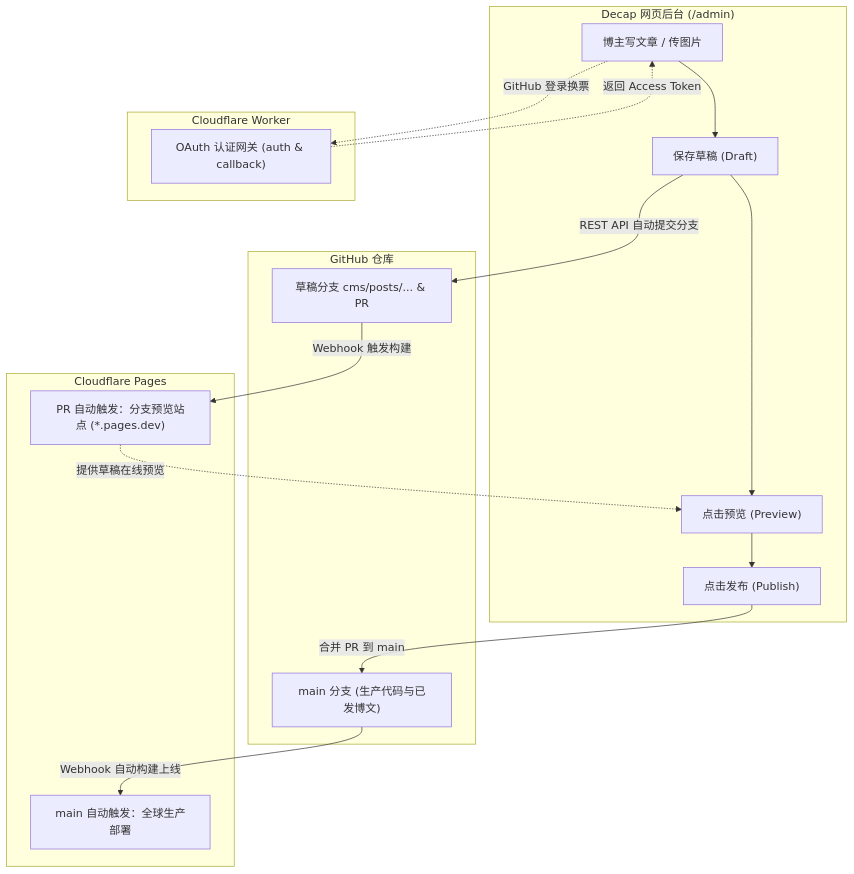
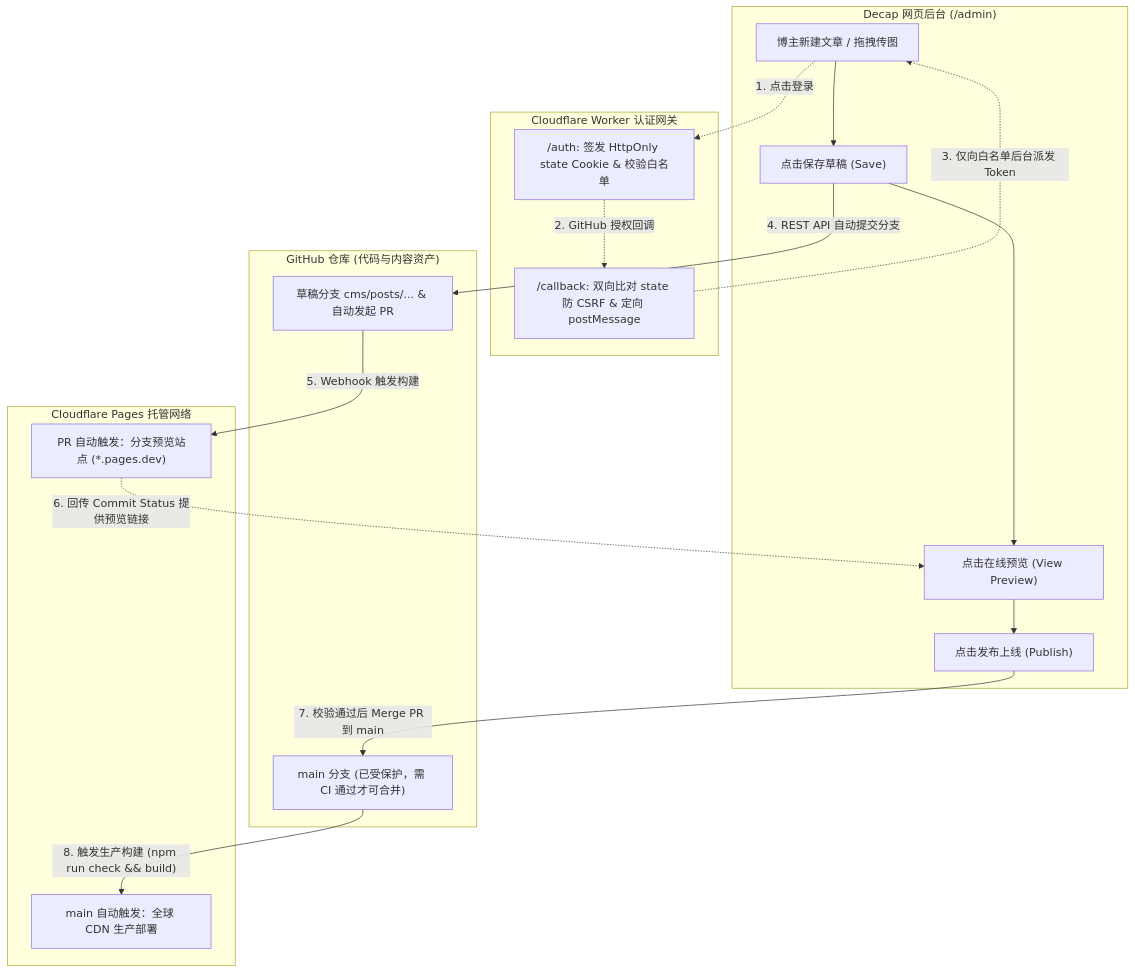
One commit to ForeSee2024/huaoblog changed the first of 2 diagrams in docs/ENGINEERING_SPEC.md. Above: the diagram before and after it, drawn with Mermaid. The commit also changed other lines of this file and 3 other files, not shown here.

Commit message:
fix(pipeline): harden OAuth worker CSRF/postMessage, move preview_path to collection, add dual publish gates and author runbook

````diff
--- a/docs/ENGINEERING_SPEC.md
+++ b/docs/ENGINEERING_SPEC.md
@@ -48,30 +47,32 @@
 ```mermaid
 flowchart TD
     subgraph CMS["Decap 网页后台 (/admin)"]
-        A1["博主写文章 / 传图片"] --> A2["保存草稿 (Draft)"]
-        A2 --> A3["点击预览 (Preview)"]
-        A3 --> A4["点击发布 (Publish)"]
+        A1["博主新建文章 / 拖拽传图"] --> A2["点击保存草稿 (Save)"]
+        A2 --> A3["点击在线预览 (View Preview)"]
+        A3 --> A4["点击发布上线 (Publish)"]
     end
 
-    subgraph Auth["Cloudflare Worker"]
-        W1["OAuth 认证网关 (auth & callback)"]
+    subgraph Auth["Cloudflare Worker 认证网关"]
+        W1["/auth: 签发 HttpOnly state Cookie & 校验白名单"]
+        W2["/callback: 双向比对 state 防 CSRF & 定向 postMessage"]
     end
 
-    subgraph Repo["GitHub 仓库"]
-        G1["草稿分支 cms/posts/... & PR"]
-        G2["main 分支 (生产代码与已发博文)"]
+    subgraph Repo["GitHub 仓库 (代码与内容资产)"]
+        G1["草稿分支 cms/posts/... & 自动发起 PR"]
+        G2["main 分支 (已受保护，需 CI 通过才可合并)"]
     end
 
-    subgraph Hosting["Cloudflare Pages"]
+    subgraph Hosting["Cloudflare Pages 托管网络"]
         P1["PR 自动触发：分支预览站点 (*.pages.dev)"]
-        P2["main 自动触发：全球生产部署"]
+        P2["main 自动触发：全球 CDN 生产部署"]
     end
 
-    A1 -.->|"GitHub 登录换票"| W1
-    W1 -.->|"返回 Access Token"| A1
-    A2 -->|"REST API 自动提交分支"| G1
-    G1 -->|"Webhook 触发构建"| P1
-    P1 -.->|"提供草稿在线预览"| A3
-    A4 -->|"合并 PR 到 main"| G2
-    G2 -->|"Webhook 自动构建上线"| P2
+    A1 -.->|"1. 点击登录"| W1
+    W1 -.->|"2. GitHub 授权回调"| W2
+    W2 -.->|"3. 仅向白名单后台派发 Token"| A1
+    A2 -->|"4. REST API 自动提交分支"| G1
+    G1 -->|"5. Webhook 触发构建"| P1
+    P1 -.->|"6. 回传 Commit Status 提供预览链接"| A3
+    A4 -->|"7. 校验通过后 Merge PR 到 main"| G2
+    G2 -->|"8. 触发生产构建 (npm run check && build)"| P2
 ```
````
